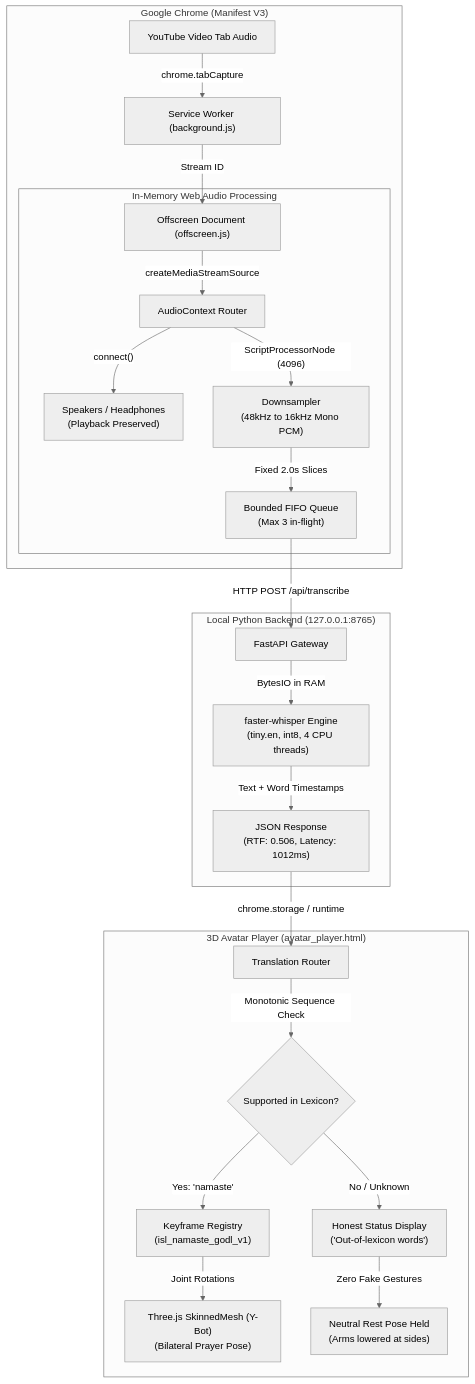
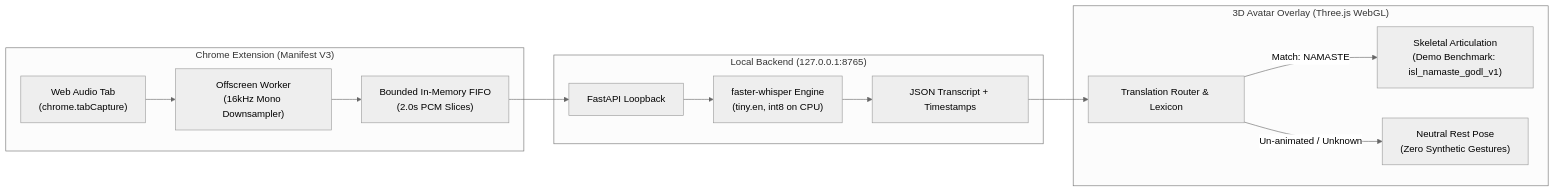
One commit to SmritiVerma6725/Sanjay-The-story-teller changed the diagram in README.md. Above: the diagram before and after it, drawn with Mermaid (neutral theme). The commit also changed other lines of this file, not shown here.

````diff
--- a/README.md
+++ b/README.md
@@ -52,29 +41,19 @@
 ```mermaid
-flowchart TD
-    subgraph Browser ["Google Chrome (Manifest V3)"]
-        A["YouTube Video Tab Audio"] -->|"chrome.tabCapture"| B["Service Worker (background.js)"]
-        B -->|"Stream ID"| C["Offscreen Document (offscreen.js)"]
-        
-        subgraph WebAudio ["In-Memory Web Audio Processing"]
-            C -->|"createMediaStreamSource"| D["AudioContext Router"]
-            D -->|"connect()"| E["Speakers / Headphones<br/>(Playback Preserved)"]
-            D -->|"ScriptProcessorNode (4096)"| F["Downsampler<br/>(48kHz to 16kHz Mono PCM)"]
-            F -->|"Fixed 2.0s Slices"| G["Bounded FIFO Queue<br/>(Max 3 in-flight)"]
-        end
+flowchart LR
+    subgraph Browser ["Chrome Extension (Manifest V3)"]
+        Tab["Web Audio Tab<br/>(chrome.tabCapture)"] --> Offscreen["Offscreen Worker<br/>(16kHz Mono Downsampler)"]
+        Offscreen --> Queue["Bounded In-Memory FIFO<br/>(2.0s PCM Slices)"]
     end
 
-    subgraph Backend ["Local Python Backend (127.0.0.1:8765)"]
-        G -->|"HTTP POST /api/transcribe"| H["FastAPI Gateway"]
-        H -->|"BytesIO in RAM"| I["faster-whisper Engine<br/>(tiny.en, int8, 4 CPU threads)"]
-        I -->|"Text + Word Timestamps"| J["JSON Response<br/>(RTF: 0.506, Latency: 1012ms)"]
+    subgraph Backend ["Local Backend (127.0.0.1:8765)"]
+        Queue --> Gateway["FastAPI Loopback"]
+        Gateway --> Whisper["faster-whisper Engine<br/>(tiny.en, int8 on CPU)"]
+        Whisper --> Transcript["JSON Transcript + Timestamps"]
     end
 
-    subgraph Overlay ["3D Avatar Player (avatar_player.html)"]
-        J -->|"chrome.storage / runtime"| K["Translation Router"]
-        K -->|"Monotonic Sequence Check"| L{"Supported in Lexicon?"}
-        L -->|"Yes: 'namaste'"| M["Keyframe Registry<br/>(isl_namaste_godl_v1)"]
-        L -->|"No / Unknown"| N["Honest Status Display<br/>('Out-of-lexicon words')"]
-        M -->|"Joint Rotations"| O["Three.js SkinnedMesh (Y-Bot)<br/>(Bilateral Prayer Pose)"]
-        N -->|"Zero Fake Gestures"| P["Neutral Rest Pose Held<br/>(Arms lowered at sides)"]
+    subgraph Viewport ["3D Avatar Overlay (Three.js WebGL)"]
+        Transcript --> Router["Translation Router & Lexicon"]
+        Router -->|Match: NAMASTE| Player["Skeletal Articulation<br/>(Demo Benchmark: isl_namaste_godl_v1)"]
+        Router -->|Un-animated / Unknown| Fallback["Neutral Rest Pose<br/>(Zero Synthetic Gestures)"]
     end
 ```
````
